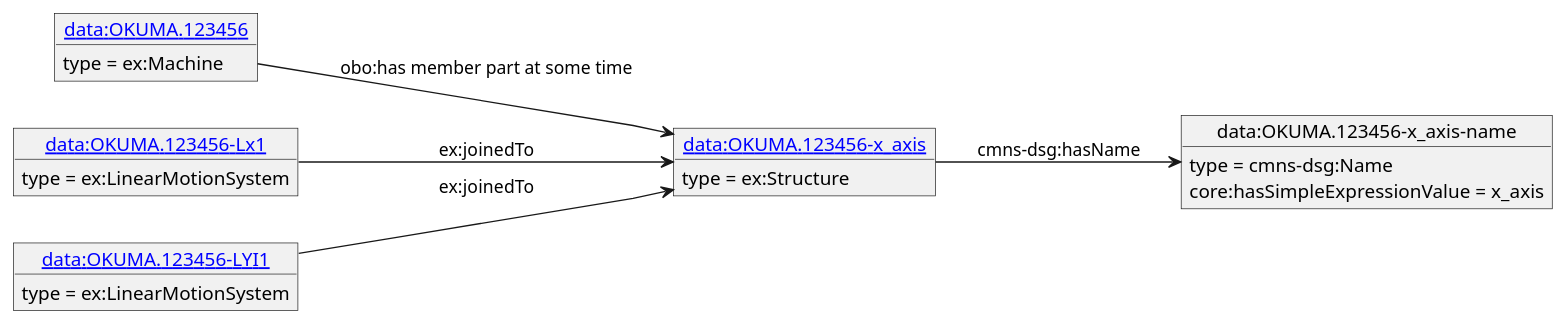
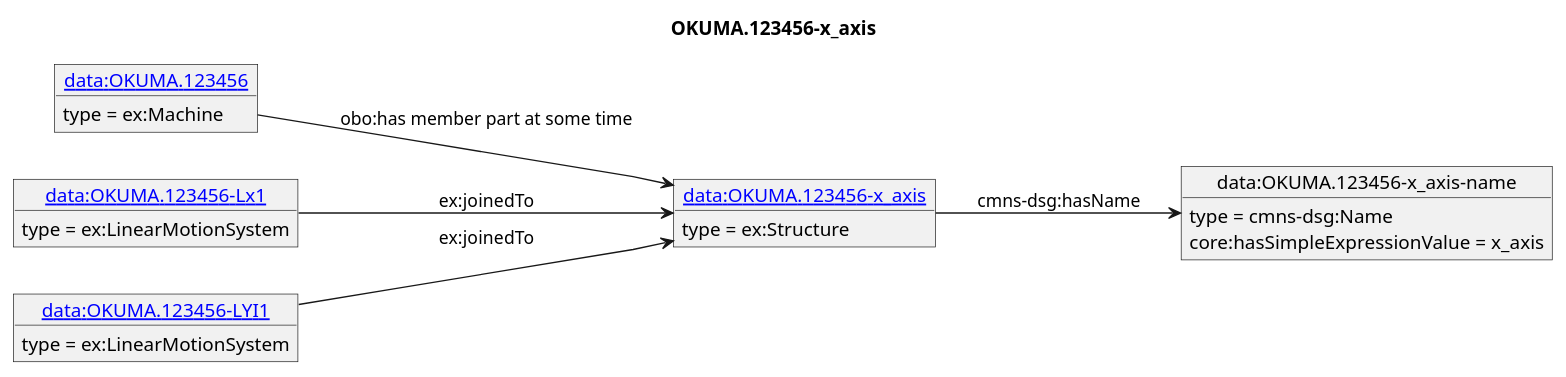
Before and after one commit to iofoundry/example-syseng-mtconnect: the diagram in diagrams/OKUMA.123456-x_axis.puml, drawn with PlantUML. The commit also changed 140 other files, not shown here.

```diff
--- a/diagrams/OKUMA.123456-x_axis.puml
+++ b/diagrams/OKUMA.123456-x_axis.puml
@@ -1,24 +1,25 @@
 @startuml
 skinparam linetype polyline
 left to right direction
+title OKUMA.123456-x_axis
 object "[[./OKUMA.123456-x_axis.html data:OKUMA.123456-x_axis]]" as o1 {
  type = ex:Structure
  }
 object "data:OKUMA.123456-x_axis-name" as o2 {
  type = cmns-dsg:Name
  }
 object "[[./OKUMA.123456.html data:OKUMA.123456]]" as o3 {
  type = ex:Machine
  }
 object "[[./OKUMA.123456-Lx1.html data:OKUMA.123456-Lx1]]" as o4 {
  type = ex:LinearMotionSystem
  }
 object "[[./OKUMA.123456-LYI1.html data:OKUMA.123456-LYI1]]" as o5 {
  type = ex:LinearMotionSystem
  }
 o1 --> o2 : cmns-dsg:hasName
 o2 : core:hasSimpleExpressionValue = x_axis
 o3 --> o1 : obo:has member part at some time
 o4 --> o1 : ex:joinedTo
 o5 --> o1 : ex:joinedTo
 @enduml
```
